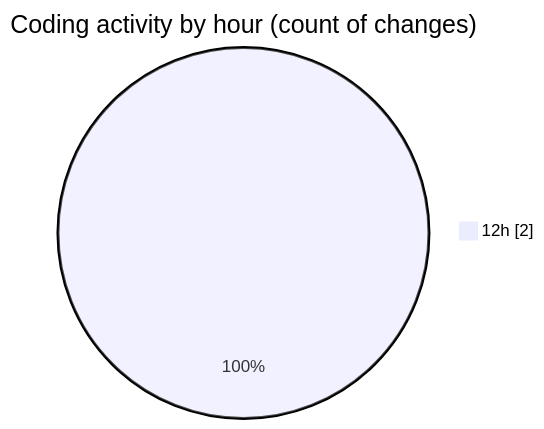
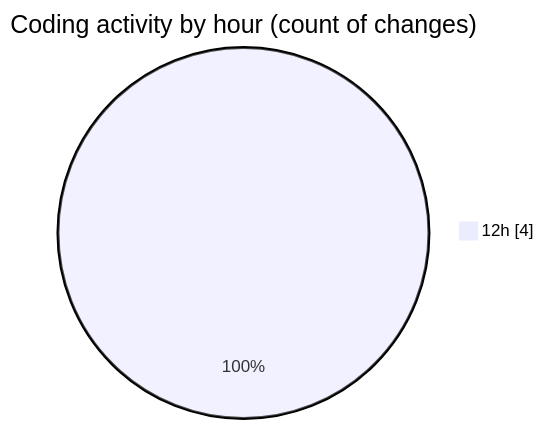
Before and after one commit to NitaiMahat/code-tracking: the second of 2 diagrams in 2025-03-11/filereadinprac/README.md, drawn with Mermaid. The commit also changed other lines of this file and 1 other file, not shown here.

````diff
--- a/2025-03-11/filereadinprac/README.md
+++ b/2025-03-11/filereadinprac/README.md
@@ -28,5 +28,5 @@
 ```mermaid
 pie showData
 title Coding activity by hour (count of changes)
-"12h" : 2
+"12h" : 4
 ```
````
